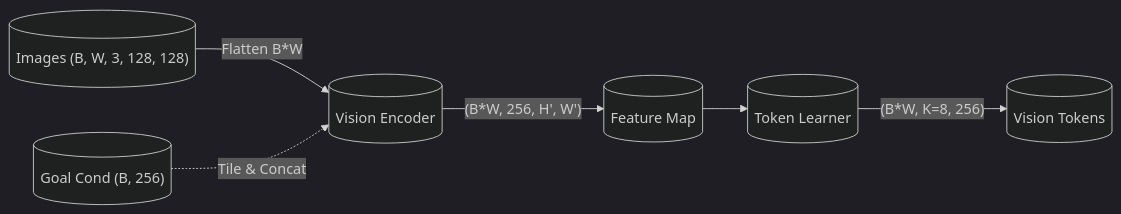
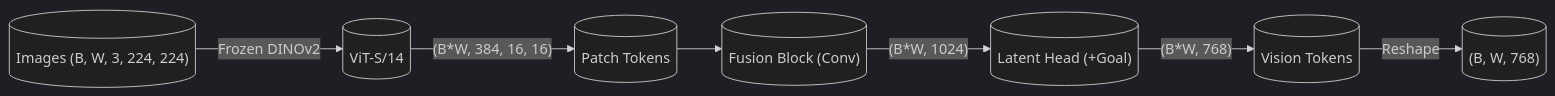
The second of 2 diagrams in docs/model_architecture_vis.md (Thoooomas14/Axis), drawn with Mermaid (dark theme) before and after one commit. The commit also changed other lines of this file and 72 other files, not shown here.

````diff
--- a/docs/model_architecture_vis.md
+++ b/docs/model_architecture_vis.md
@@ -88,8 +98,9 @@
-``` mermaid
+```mermaid
 graph LR
-    I[("Images (B, W, 3, 128, 128)")] -->|Flatten B*W| VE[("Vision Encoder")]
-    C[("Goal Cond (B, 256)")] -.->|Tile & Concat| VE
-    VE -->|"(B*W, 256, H', W')"| FM[("Feature Map")]
-    FM --> TL[("Token Learner")]
-    TL -->|"(B*W, K=8, 256)"| T[("Vision Tokens")]
+    I[("Images (B, W, 3, 224, 224)")] -->|Frozen DINOv2| VE[("ViT-S/14")]
+    VE -->|"(B*W, 384, 16, 16)"| FM[("Patch Tokens")]
+    FM --> FB[("Fusion Block (Conv)")]
+    FB -->|"(B*W, 1024)"| LAT[("Latent Head (+Goal)")]
+    LAT -->|"(B*W, 768)"| T[("Vision Tokens")]
+    T -->|Reshape| OUT[("(B, W, 768)")]
 ```
````
